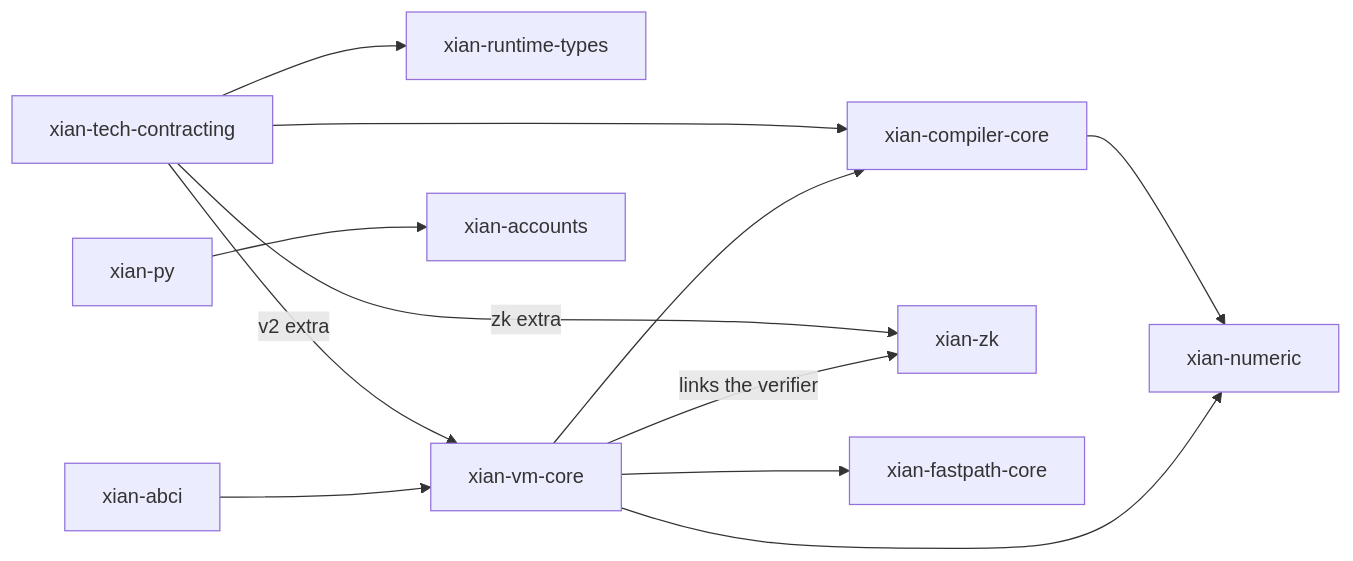
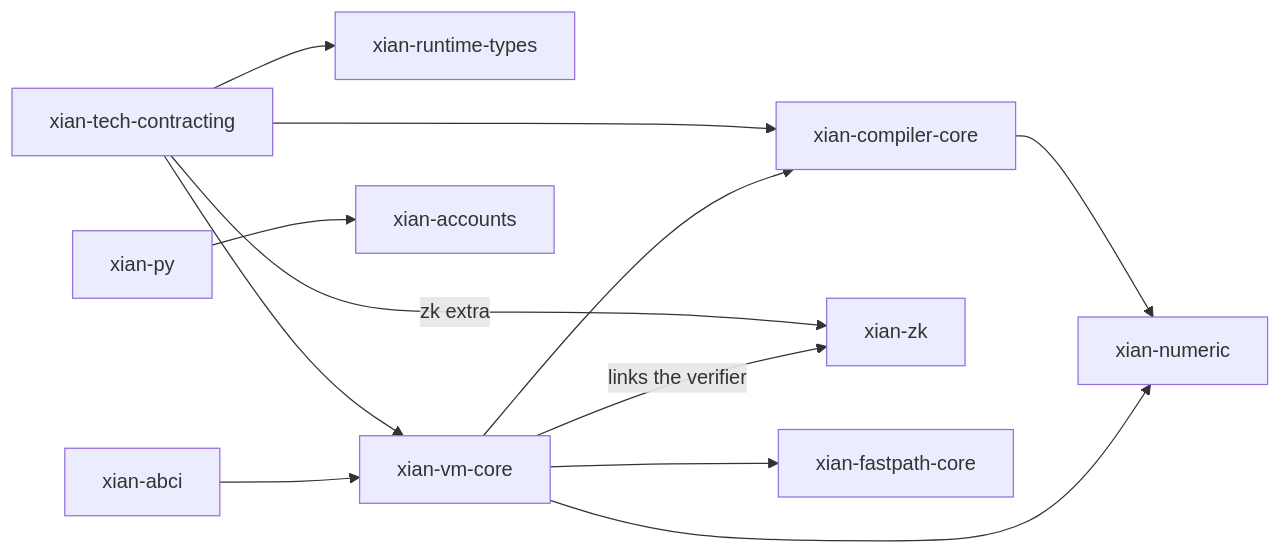
Before and after one commit to xian-technology/xian-contracting: the diagram in packages/README.md, drawn with Mermaid. The commit also changed 7 other files, not shown here.

````diff
--- a/packages/README.md
+++ b/packages/README.md
@@ -23,14 +23,14 @@
 ```mermaid
 flowchart LR
   Contracting["xian-tech-contracting"] --> RuntimeTypes["xian-runtime-types"]
   Contracting --> Compiler["xian-compiler-core"]
-  Contracting -->|v2 extra| VM["xian-vm-core"]
+  Contracting --> VM["xian-vm-core"]
   Contracting -->|zk extra| ZK["xian-zk"]
   ABCI["xian-abci"] --> VM
   VM --> Fastpath["xian-fastpath-core"]
   SDK["xian-py"] --> Accounts["xian-accounts"]
   Compiler --> Numeric["xian-numeric"]
   VM --> Numeric
   VM --> Compiler
   VM -->|links the verifier| ZK
 ```
````
